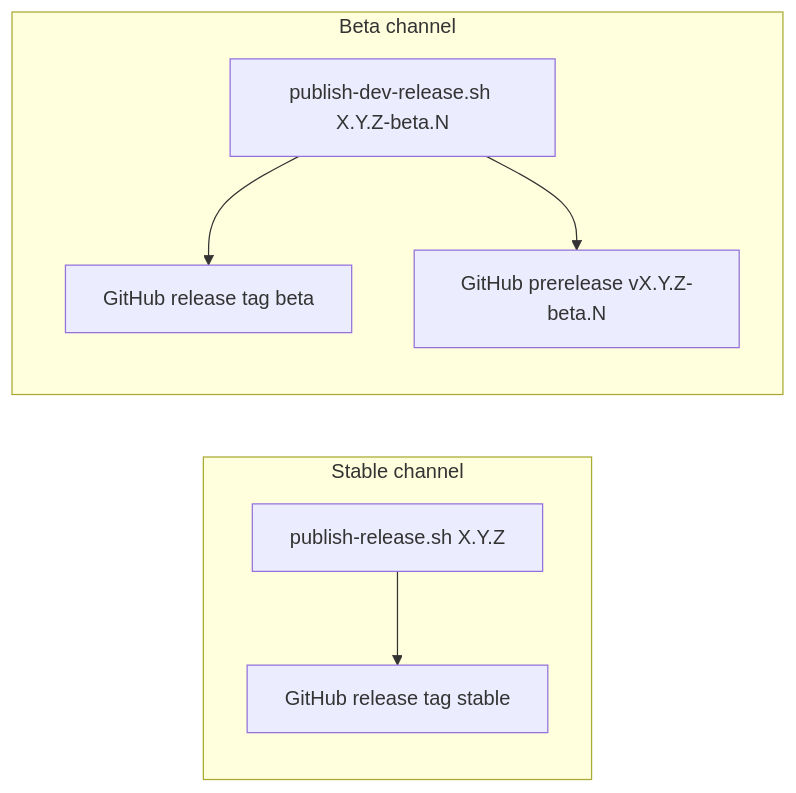
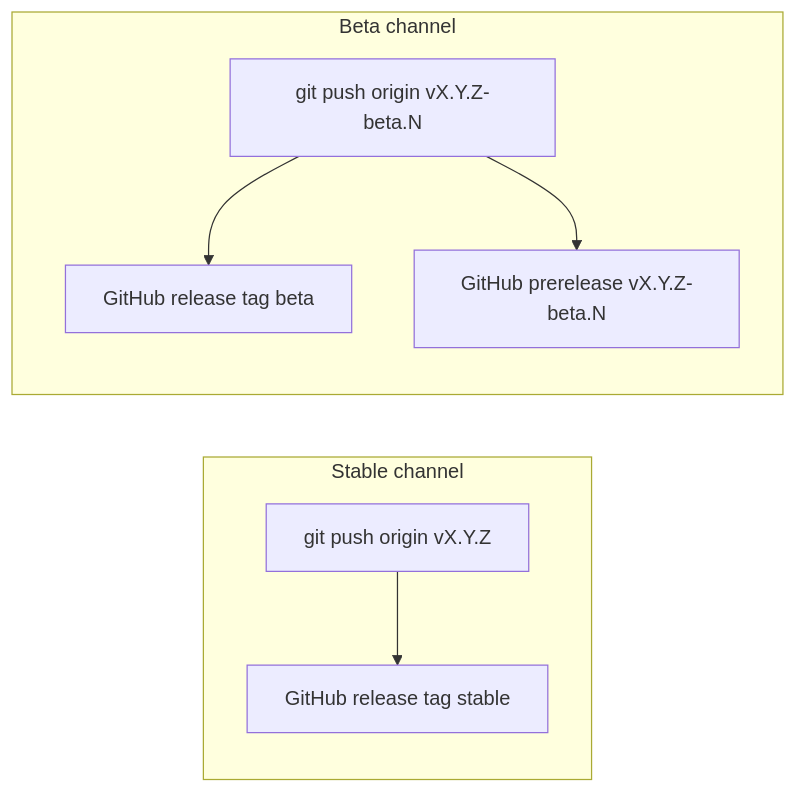
The diagram in RELEASE_GUIDE.md (TommasoPrinetti/spinosa), drawn with Mermaid before and after one commit. The commit also changed other lines of this file and 41 other files, not shown here.

````diff
--- a/RELEASE_GUIDE.md
+++ b/RELEASE_GUIDE.md
@@ -18,16 +18,16 @@
 ```mermaid
 flowchart LR
   subgraph stable [Stable channel]
     gh_stable["GitHub release tag stable"]
-    pub_stable["publish-release.sh X.Y.Z"]
+    pub_stable["git push origin vX.Y.Z"]
     pub_stable --> gh_stable
   end
 
   subgraph beta [Beta channel]
     gh_beta["GitHub release tag beta"]
     gh_pre["GitHub prerelease vX.Y.Z-beta.N"]
-    pub_beta["publish-dev-release.sh X.Y.Z-beta.N"]
+    pub_beta["git push origin vX.Y.Z-beta.N"]
     pub_beta --> gh_pre
     pub_beta --> gh_beta
   end
 ```
````
